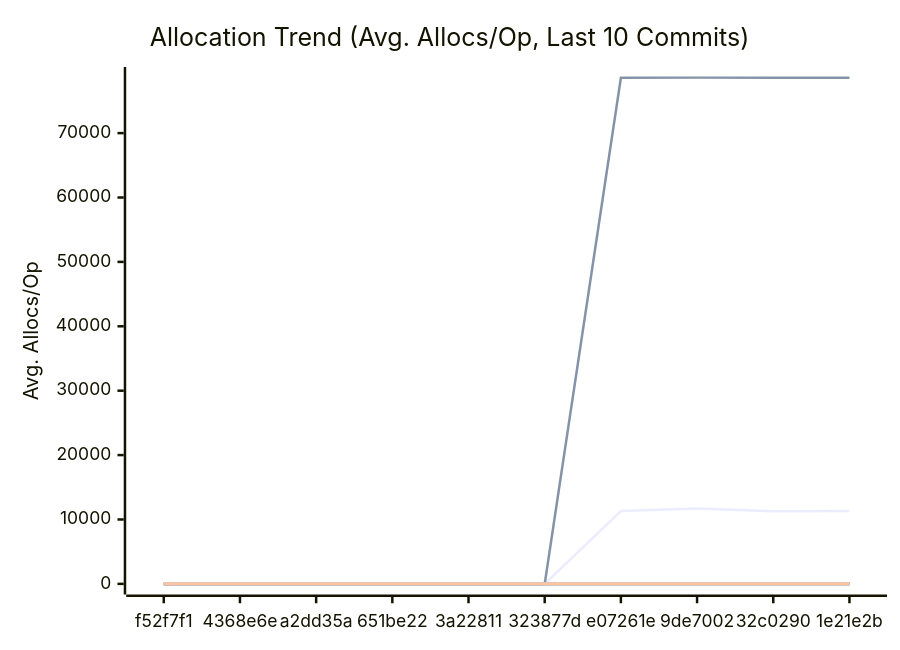
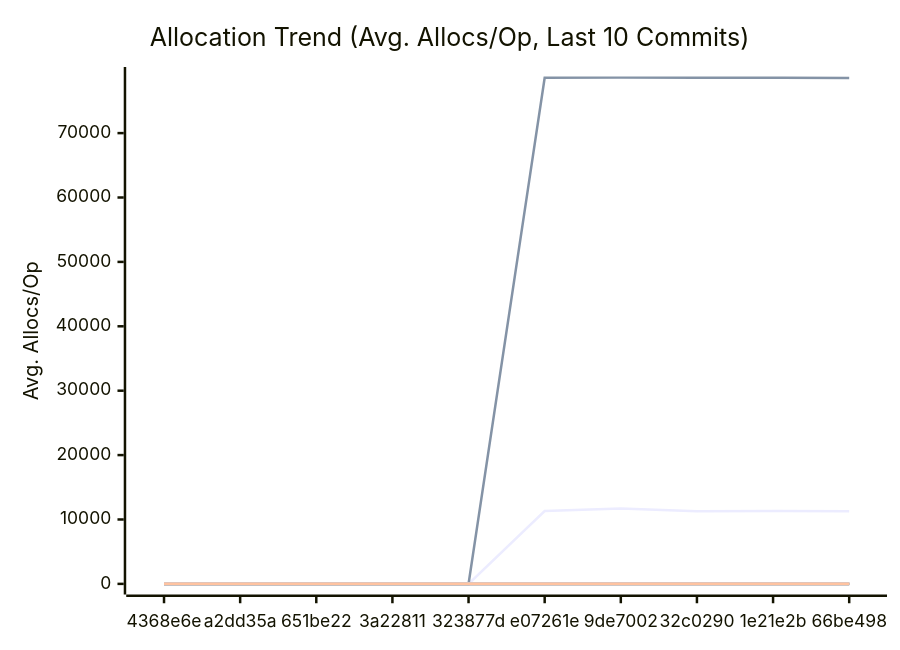
Before and after one commit to alsotoes/momo: the third of 3 diagrams in docs/PERFORMANCE.md, drawn with Mermaid. The commit also changed other lines of this file and 8 other files, not shown here.

````diff
--- a/docs/PERFORMANCE.md
+++ b/docs/PERFORMANCE.md
@@ -197,20 +197,20 @@
 ```mermaid
 xychart-beta
     title "Allocation Trend (Avg. Allocs/Op, Last 10 Commits)"
     x-axis "Commit"
     y-axis "Avg. Allocs/Op"
-    x-axis [f52f7f1,4368e6e,a2dd35a,651be22,3a22811,323877d,e07261e,9de7002,32c0290,1e21e2b]
-    line "AWSChunkedReaderSigned" [0,0,0,0,0,0,11316,11705,11290,11320]
-    line "AWSChunkedReaderUnsigned" [0,0,0,0,0,0,78590,78616,78594,78612]
+    x-axis [4368e6e,a2dd35a,651be22,3a22811,323877d,e07261e,9de7002,32c0290,1e21e2b,66be498]
+    line "AWSChunkedReaderSigned" [0,0,0,0,0,11316,11705,11290,11320,11284]
+    line "AWSChunkedReaderUnsigned" [0,0,0,0,0,78590,78616,78594,78612,78570]
     line "CheckMetricsAndSwap" [0,0,0,0,0,0,0,0,0,0]
     line "CrushOptimized" [0,0,0,0,0,0,0,0,0,0]
     line "CrushOriginal" [3,3,3,3,3,3,3,3,3,3]
     line "IndexDirectTracking" [0,0,0,0,0,0,0,0,0,0]
     line "IndexSearch" [0,0,0,0,0,0,0,0,0,0]
     line "LoadGlobalConfig" [46,46,46,46,46,46,46,46,46,46]
     line "PadString" [1,1,1,1,1,1,1,1,1,1]
     line "ParseReplicationOrder_NoPrealloc" [6,6,6,6,6,5,5,5,5,5]
     line "ParseReplicationOrder_Prealloc" [2,2,2,2,2,1,1,1,1,1]
     line "SanitizeLog/Safe" [0,0,0,0,0,0,0,0,0,0]
     line "SanitizeLog/Unsafe" [1,1,1,1,1,1,1,1,1,1]
 ```
````
